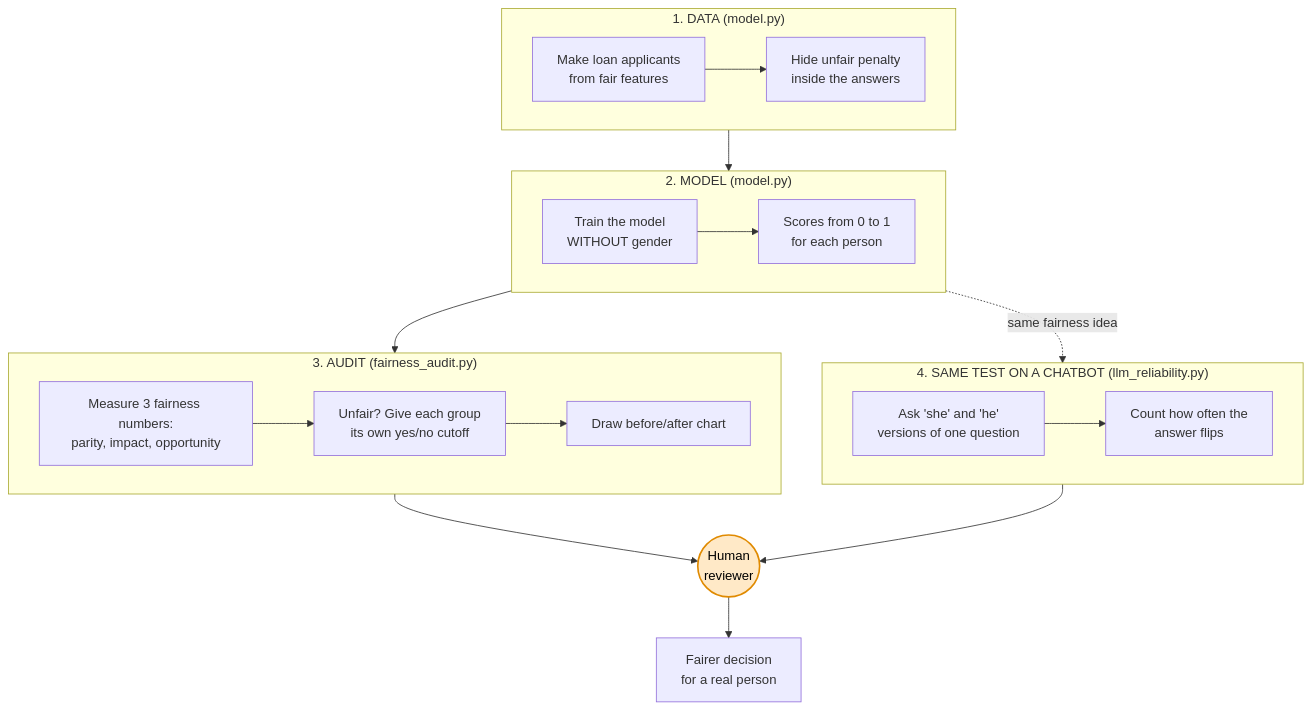
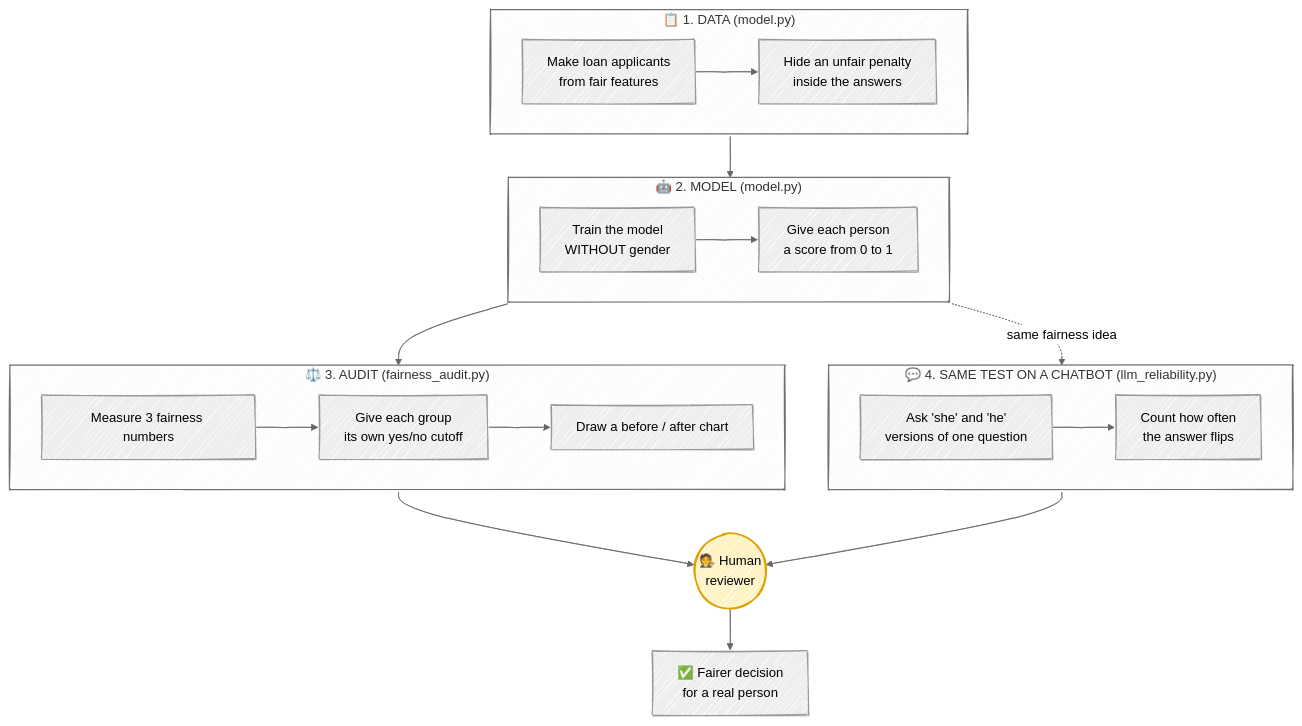
Before and after one commit to rubak714/fairness-audit-ai: the diagram in README.md, drawn with Mermaid. The commit also changed other lines of this file, not shown here.

Commit message:
docs: turn the workflow into a whiteboard hand-drawn diagram

````diff
--- a/README.md
+++ b/README.md
@@ -20,36 +20,41 @@
 ```mermaid
+---
+config:
+  look: handDrawn
+  theme: neutral
+---
 flowchart TB
-    subgraph DATA["1. DATA  (model.py)"]
+    subgraph DATA["📋 1. DATA  (model.py)"]
         A["Make loan applicants<br/>from fair features"]
-        B["Hide unfair penalty<br/>inside the answers"]
+        B["Hide an unfair penalty<br/>inside the answers"]
         A --> B
     end
 
-    subgraph MODEL["2. MODEL  (model.py)"]
+    subgraph MODEL["🤖 2. MODEL  (model.py)"]
         C["Train the model<br/>WITHOUT gender"]
-        D["Scores from 0 to 1<br/>for each person"]
+        D["Give each person<br/>a score from 0 to 1"]
         C --> D
     end
 
-    subgraph AUDIT["3. AUDIT  (fairness_audit.py)"]
-        E["Measure 3 fairness numbers:<br/>parity, impact, opportunity"]
-        F["Unfair? Give each group<br/>its own yes/no cutoff"]
-        G["Draw before/after chart"]
+    subgraph AUDIT["⚖️ 3. AUDIT  (fairness_audit.py)"]
+        E["Measure 3 fairness numbers"]
+        F["Give each group<br/>its own yes/no cutoff"]
+        G["Draw a before / after chart"]
         E --> F --> G
     end
 
-    subgraph LLM["4. SAME TEST ON A CHATBOT  (llm_reliability.py)"]
+    subgraph LLM["💬 4. SAME TEST ON A CHATBOT  (llm_reliability.py)"]
         H["Ask 'she' and 'he'<br/>versions of one question"]
-        I["Count how often the<br/>answer flips"]
+        I["Count how often<br/>the answer flips"]
         H --> I
     end
 
     DATA --> MODEL --> AUDIT
     MODEL -. same fairness idea .-> LLM
-    AUDIT --> J(("Human<br/>reviewer"))
+    AUDIT --> J(("🧑‍⚖️ Human<br/>reviewer"))
     LLM --> J
-    J --> K["Fairer decision<br/>for a real person"]
+    J --> K["✅ Fairer decision<br/>for a real person"]
 
-    classDef human fill:#ffe9c7,stroke:#e08a00,stroke-width:2px,color:#000;
+    classDef human fill:#fff3c4,stroke:#e0a000,stroke-width:2px,color:#000;
     class J human;
 ```
````
